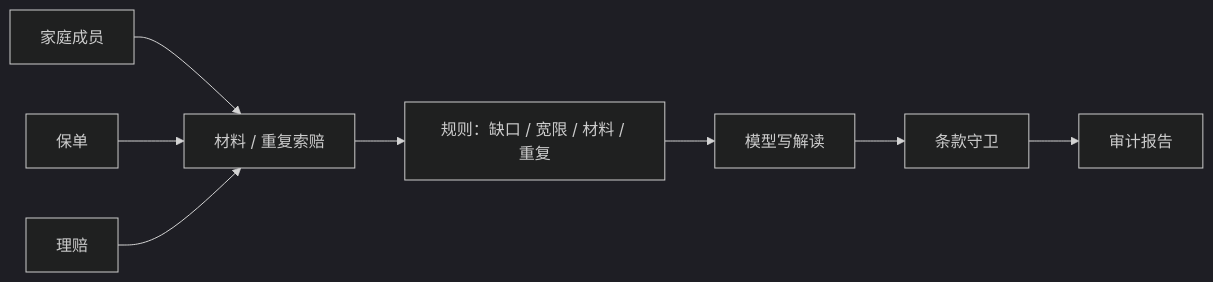
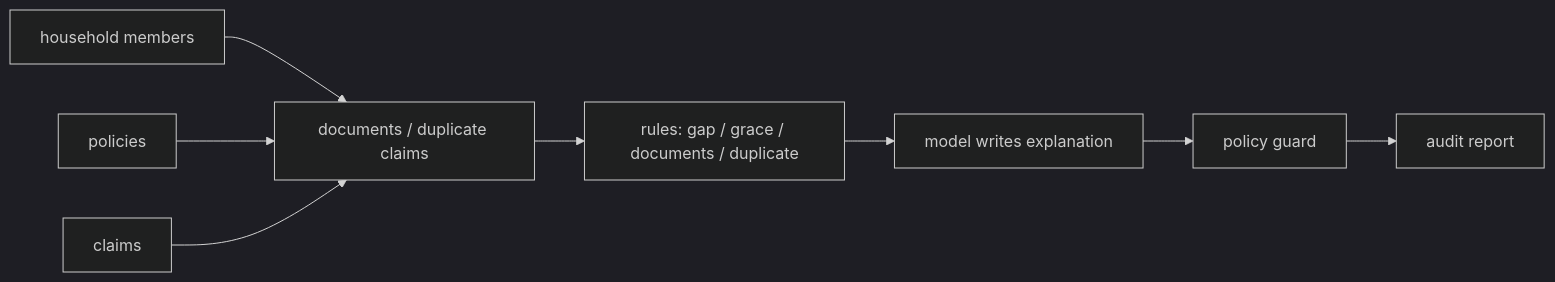
One commit to wushiyi105-jpg/cover changed the diagram in README.en.md. Above: the diagram before and after it, drawn with Mermaid (dark theme). The commit also changed other lines of this file and 4 other files, not shown here.

````diff
--- a/README.en.md
+++ b/README.en.md
@@ -64,10 +67,10 @@
 ```mermaid
 graph LR
-  A[家庭成员] --> M[保额缺口]
-  B[保单] --> M[宽限期]
-  C[理赔] --> M[材料 / 重复索赔]
-  M --> R[规则：缺口 / 宽限 / 材料 / 重复]
-  R --> P[模型写解读]
-  P --> G[条款守卫]
-  G --> O[审计报告]
+  A[household members] --> M[coverage gap]
+  B[policies] --> M[grace period]
+  C[claims] --> M[documents / duplicate claims]
+  M --> R[rules: gap / grace / documents / duplicate]
+  R --> P[model writes explanation]
+  P --> G[policy guard]
+  G --> O[audit report]
 ```
````
